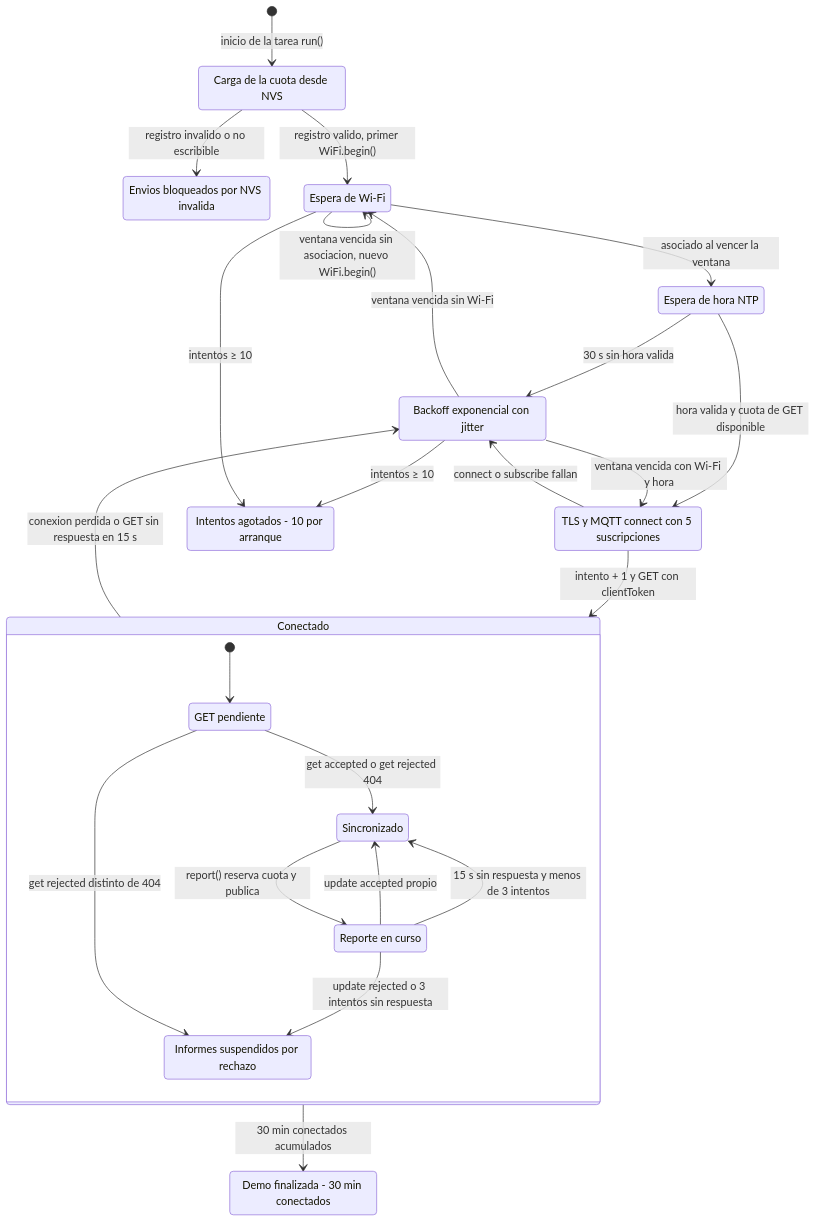
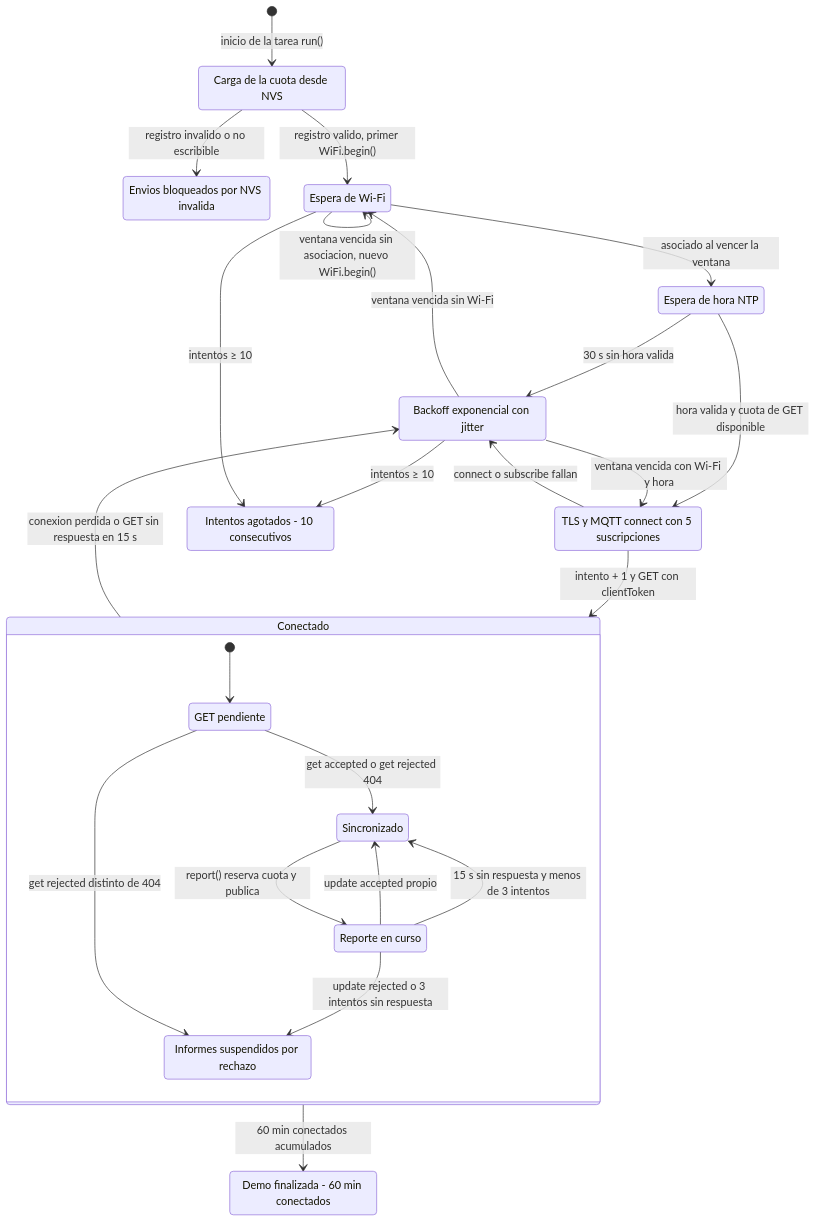
The seventh of 16 diagrams in docs/informe.md (HenryRiveraM/smartpark-practica-3), drawn with Mermaid before and after one commit. The commit also changed other lines of this file, not shown here.

````diff
--- a/docs/informe.md
+++ b/docs/informe.md
@@ -615,39 +615,39 @@
 ```mermaid
 stateDiagram-v2
     state "Carga de la cuota desde NVS" as Cuota
     state "Envios bloqueados por NVS invalida" as NVSMal
     state "Espera de Wi-Fi" as WiFi
     state "Espera de hora NTP" as NTP
     state "TLS y MQTT connect con 5 suscripciones" as TLS
     state "Backoff exponencial con jitter" as Backoff
-    state "Intentos agotados - 10 por arranque" as Agotado
-    state "Demo finalizada - 30 min conectados" as Demo
+    state "Intentos agotados - 10 consecutivos" as Agotado
+    state "Demo finalizada - 60 min conectados" as Demo
     state Conectado {
         state "GET pendiente" as GetP
         state "Sincronizado" as Sync
         state "Reporte en curso" as Inflight
         state "Informes suspendidos por rechazo" as Susp
         [*] --> GetP
         GetP --> Sync : get accepted o get rejected 404
         GetP --> Susp : get rejected distinto de 404
         Sync --> Inflight : report() reserva cuota y publica
         Inflight --> Sync : update accepted propio
         Inflight --> Sync : 15 s sin respuesta y menos de 3 intentos
         Inflight --> Susp : update rejected o 3 intentos sin respuesta
     }
     [*] --> Cuota : inicio de la tarea run()
     Cuota --> NVSMal : registro invalido o no escribible
     Cuota --> WiFi : registro valido, primer WiFi.begin()
     WiFi --> WiFi : ventana vencida sin asociacion, nuevo WiFi.begin()
     WiFi --> NTP : asociado al vencer la ventana
     NTP --> Backoff : 30 s sin hora valida
     NTP --> TLS : hora valida y cuota de GET disponible
     TLS --> Backoff : connect o subscribe fallan
     TLS --> Conectado : intento + 1 y GET con clientToken
     Conectado --> Backoff : conexion perdida o GET sin respuesta en 15 s
-    Conectado --> Demo : 30 min conectados acumulados
+    Conectado --> Demo : 60 min conectados acumulados
     Backoff --> WiFi : ventana vencida sin Wi-Fi
     Backoff --> TLS : ventana vencida con Wi-Fi y hora
     Backoff --> Agotado : intentos ≥ 10
     WiFi --> Agotado : intentos ≥ 10
 ```
````
